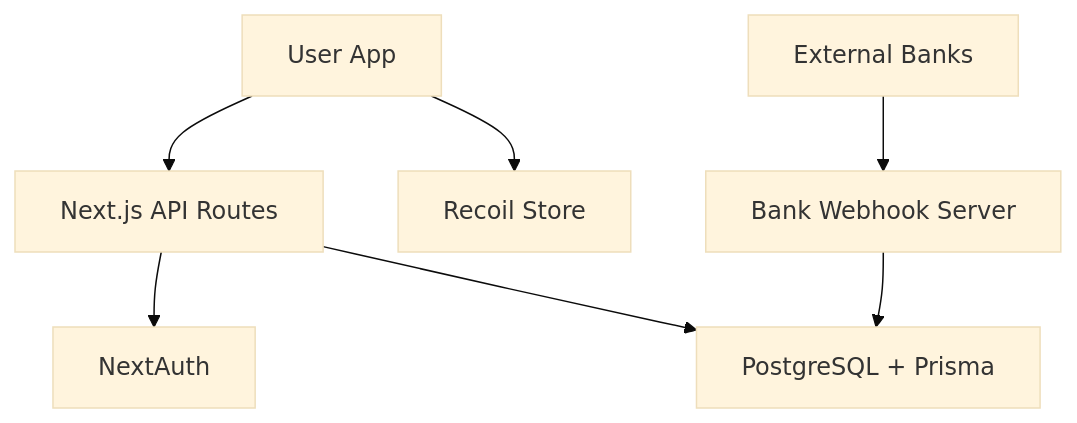
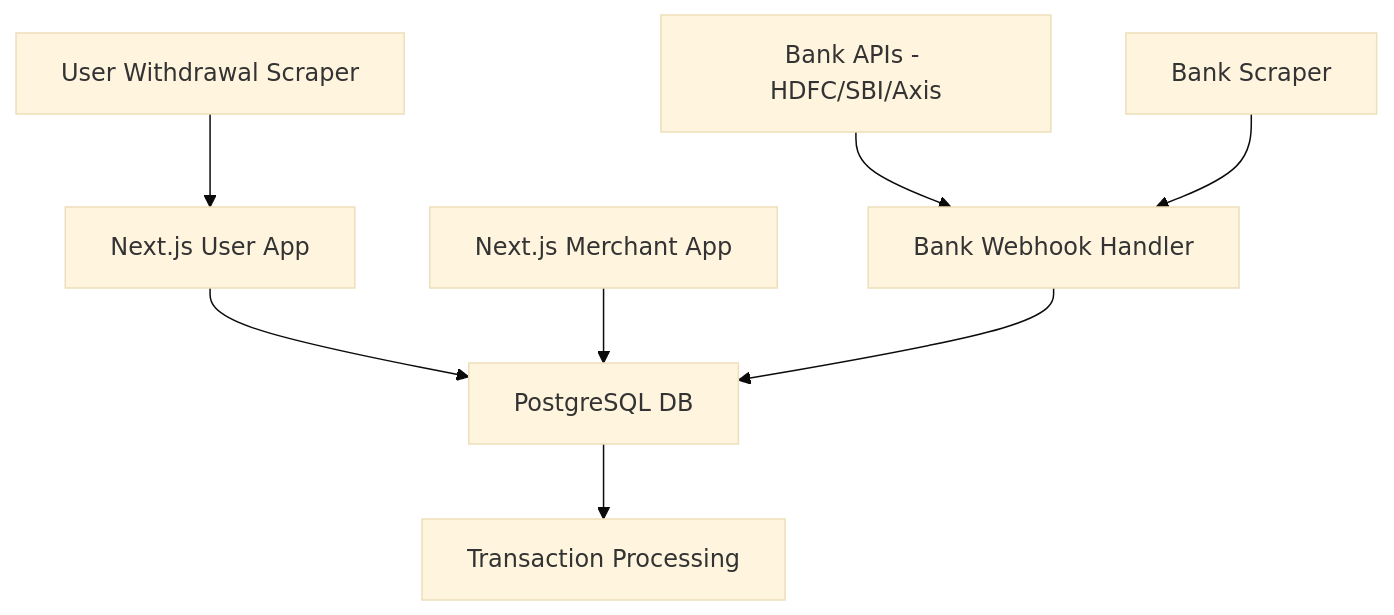
Before and after one commit to abhii08/end-to-end-wallet: the diagram in README.md, drawn with Mermaid (base theme). The commit also changed other lines of this file, not shown here.

````diff
--- a/README.md
+++ b/README.md
@@ -50,9 +72,10 @@
 ```mermaid
 graph TB
-    A[User App] --> B[Next.js API Routes]
-    C[Bank Webhook Server] --> D[Database]
-    B --> E[NextAuth]
-    B --> D[PostgreSQL + Prisma]
-    F[External Banks] --> C
-    A --> G[Recoil Store]
+    A[Next.js User App] --> B[PostgreSQL DB]
+    C[Next.js Merchant App] --> B
+    D[Bank Webhook Handler] --> B
+    E[Bank APIs - HDFC/SBI/Axis] --> D
+    F[User Withdrawal Scraper] --> A
+    G[Bank Scraper] --> D
+    B --> H[Transaction Processing]
 ```
````
